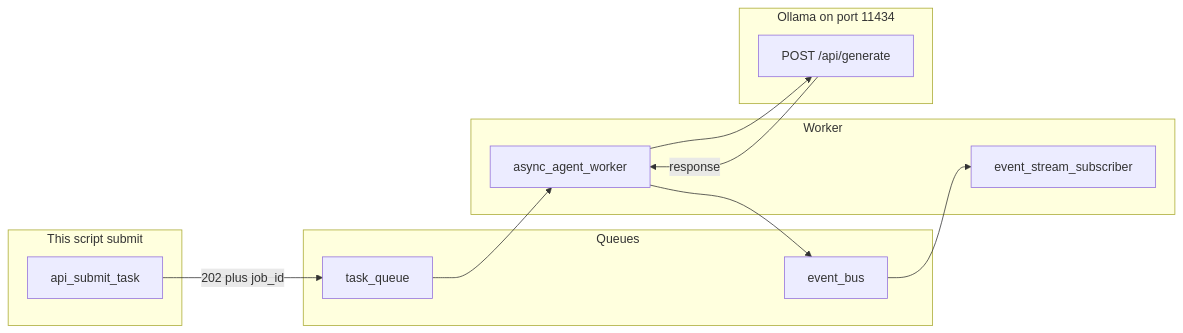
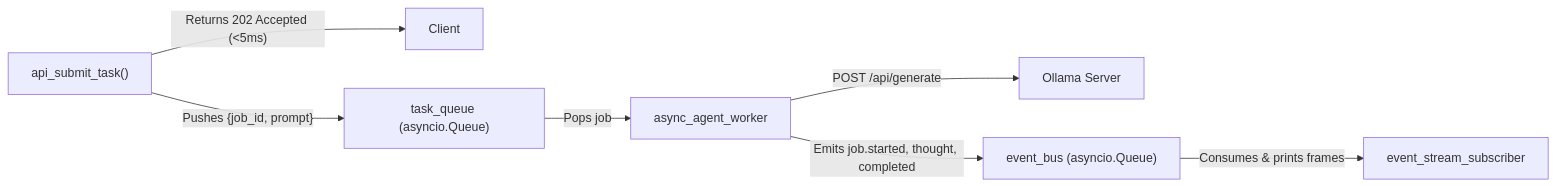
Before and after one commit to jacobbweber/AgenticAI-Labs: the diagram in education/10_the_workflow/lab3_async_event_queue.md, drawn with Mermaid. The commit also changed other lines of this file and 123 other files, not shown here.

````diff
--- a/education/10_the_workflow/lab3_async_event_queue.md
+++ b/education/10_the_workflow/lab3_async_event_queue.md
@@ -17,23 +21,9 @@
 ```mermaid
 flowchart LR
-    subgraph lab3_event_submit [This script submit]
-        API["api_submit_task"]
-    end
-    subgraph lab3_event_q [Queues]
-        TQ["task_queue"]
-        EB["event_bus"]
-    end
-    subgraph lab3_event_work [Worker]
-        W["async_agent_worker"]
-        SUB["event_stream_subscriber"]
-    end
-    subgraph lab3_event_host [Ollama on port 11434]
-        GEN["POST /api/generate"]
-    end
-    API -->|"202 plus job_id"| TQ
-    TQ --> W
-    W --> GEN
-    GEN -->|"response"| W
-    W --> EB
-    EB --> SUB
+    A["api_submit_task()"] -->|"Returns 202 Accepted (<5ms)"| B["Client"]
+    A -->|"Pushes {job_id, prompt}"| C["task_queue (asyncio.Queue)"]
+    C -->|"Pops job"| D["async_agent_worker"]
+    D -->|"POST /api/generate"| E["Ollama Server"]
+    D -->|"Emits job.started, thought, completed"| F["event_bus (asyncio.Queue)"]
+    F -->|"Consumes & prints frames"| G["event_stream_subscriber"]
 ```
````
